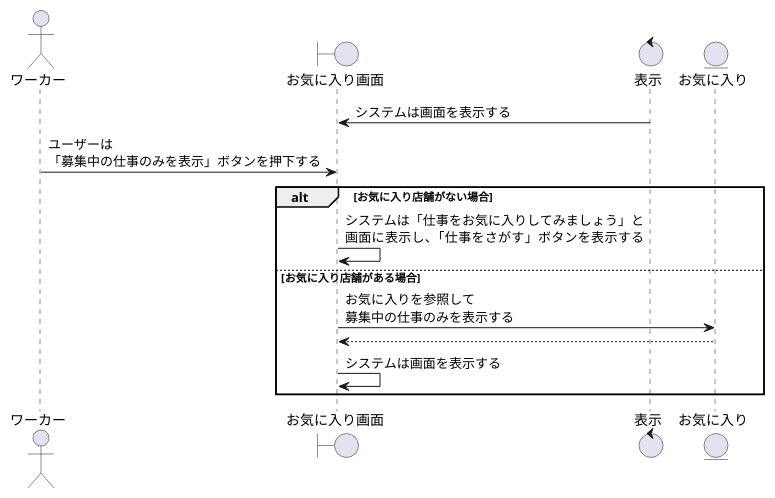
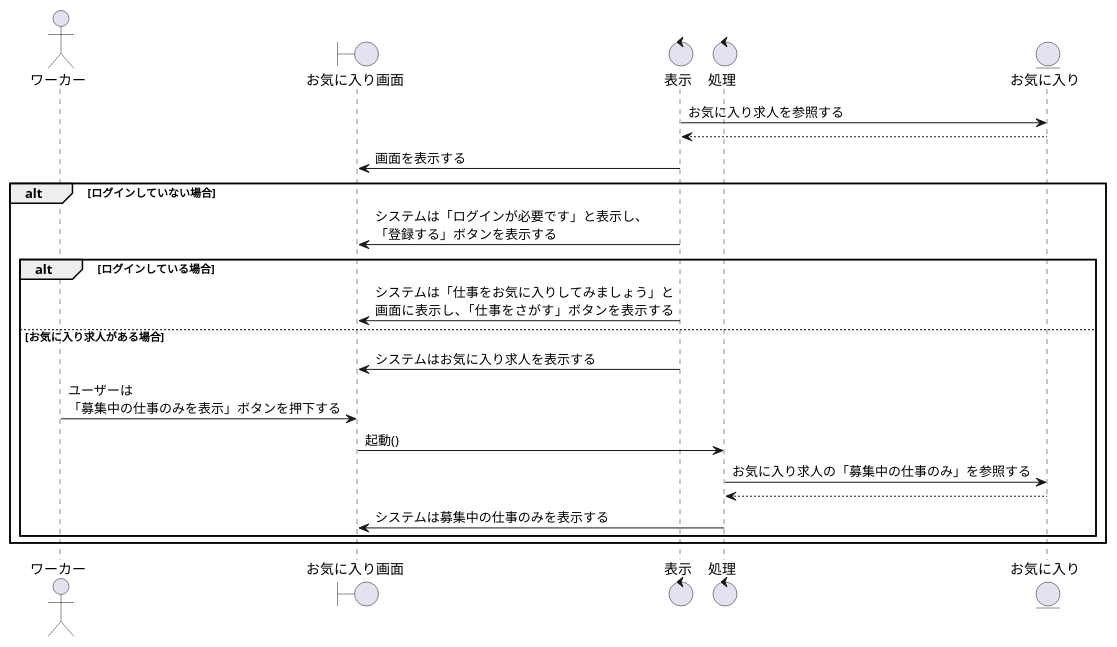
The diagram in sequence_fig/3_favorite_fn/2_お気に入り求人の絞り込みをする.pu (irukacb256/high_Me), drawn with PlantUML before and after one commit.

```diff
--- a/sequence_fig/3_favorite_fn/2_お気に入り求人の絞り込みをする.pu
+++ b/sequence_fig/3_favorite_fn/2_お気に入り求人の絞り込みをする.pu
@@ -1,25 +1,35 @@
 @startuml お気に入り求人の絞り込みをする
 
 ' 1
 actor ワーカー as wo1
 boundary お気に入り画面 as fv1
 control 表示 as co1
 
+control 処理 as co2
+
 entity お気に入り as fa1
 
 ' 2
-co1 -> fv1 : システムは画面を表示する
-wo1 -> fv1 : ユーザーは\n「募集中の仕事のみを表示」ボタンを押下する
+co1 -> fa1 : お気に入り求人を参照する
+co1 <-- fa1
+co1 -> fv1 : 画面を表示する
 
-alt お気に入り店舗がない場合
-    fv1 -> fv1 : システムは「仕事をお気に入りしてみましょう」と\n画面に表示し、「仕事をさがす」ボタンを表示する
+alt ログインしていない場合
+    co1 -> fv1 : システムは「ログインが必要です」と表示し、\n「登録する」ボタンを表示する　    
 
-else お気に入り店舗がある場合
-    fv1 -> fa1 : お気に入りを参照して\n募集中の仕事のみを表示する
-    fv1 <-- fa1
+    alt ログインしている場合
+        co1 -> fv1 : システムは「仕事をお気に入りしてみましょう」と\n画面に表示し、「仕事をさがす」ボタンを表示する
 
-    fv1 -> fv1 : システムは画面を表示する
+    else お気に入り求人がある場合
+        co1 -> fv1 : システムはお気に入り求人を表示する
+        wo1 -> fv1 : ユーザーは\n「募集中の仕事のみを表示」ボタンを押下する
+        fv1 -> co2 : 起動()
+        co2 -> fa1 : お気に入り求人の「募集中の仕事のみ」を参照する
+        co2 <-- fa1
+        co2 -> fv1 : システムは募集中の仕事のみを表示する
+
+    end
 
 end
 
 @enduml
```
